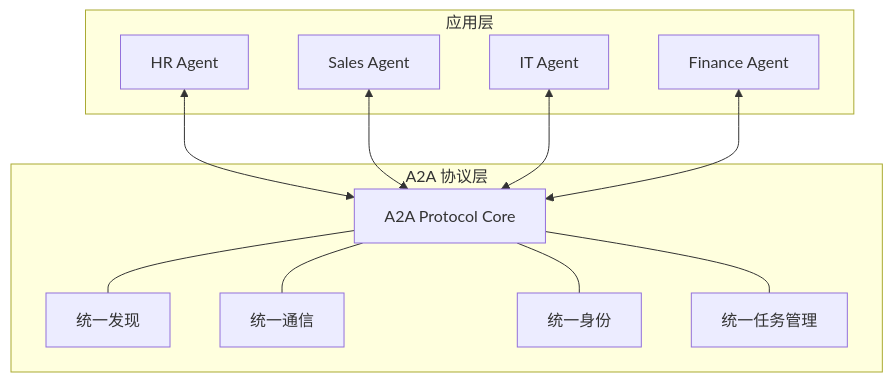
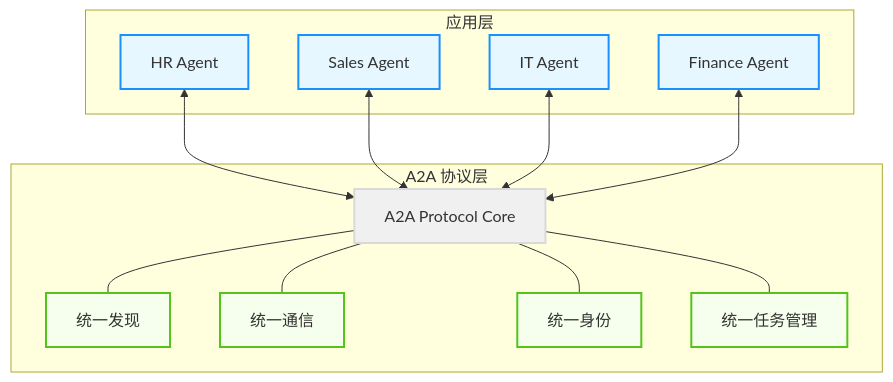
The first of 4 diagrams in 06_communication/6.5_a2a.md (yeasy/agentic_ai_guide), drawn with Mermaid before and after one commit. The commit also changed other lines of this file and 36 other files, not shown here.

````diff
--- a/06_communication/6.5_a2a.md
+++ b/06_communication/6.5_a2a.md
@@ -38,27 +38,36 @@
 ```mermaid
 graph TD
+    %% Agentic Design System
+    classDef agent fill:#e6f7ff,stroke:#1890ff,stroke-width:2px;
+    classDef tool fill:#f6ffed,stroke:#52c41a,stroke-width:2px;
+    classDef system fill:#f0f0f0,stroke:#d9d9d9,stroke-width:2px;
+
     subgraph Upper [应用层]
         HR[HR Agent]
         Sales[Sales Agent]
         IT[IT Agent]
         Finance[Finance Agent]
     end
     
     subgraph Lower [A2A 协议层]
         A2A[A2A Protocol Core]
         Feat1[统一发现]
         Feat2[统一通信]
         Feat3[统一身份]
         Feat4[统一任务管理]
     end
     
     HR <--> A2A
     Sales <--> A2A
     IT <--> A2A
     Finance <--> A2A
     
     A2A --- Feat1
     A2A --- Feat2
     A2A --- Feat3
     A2A --- Feat4
+    
+    class HR,Sales,IT,Finance agent;
+    class A2A system;
+    class Feat1,Feat2,Feat3,Feat4 tool;
 ```
````
